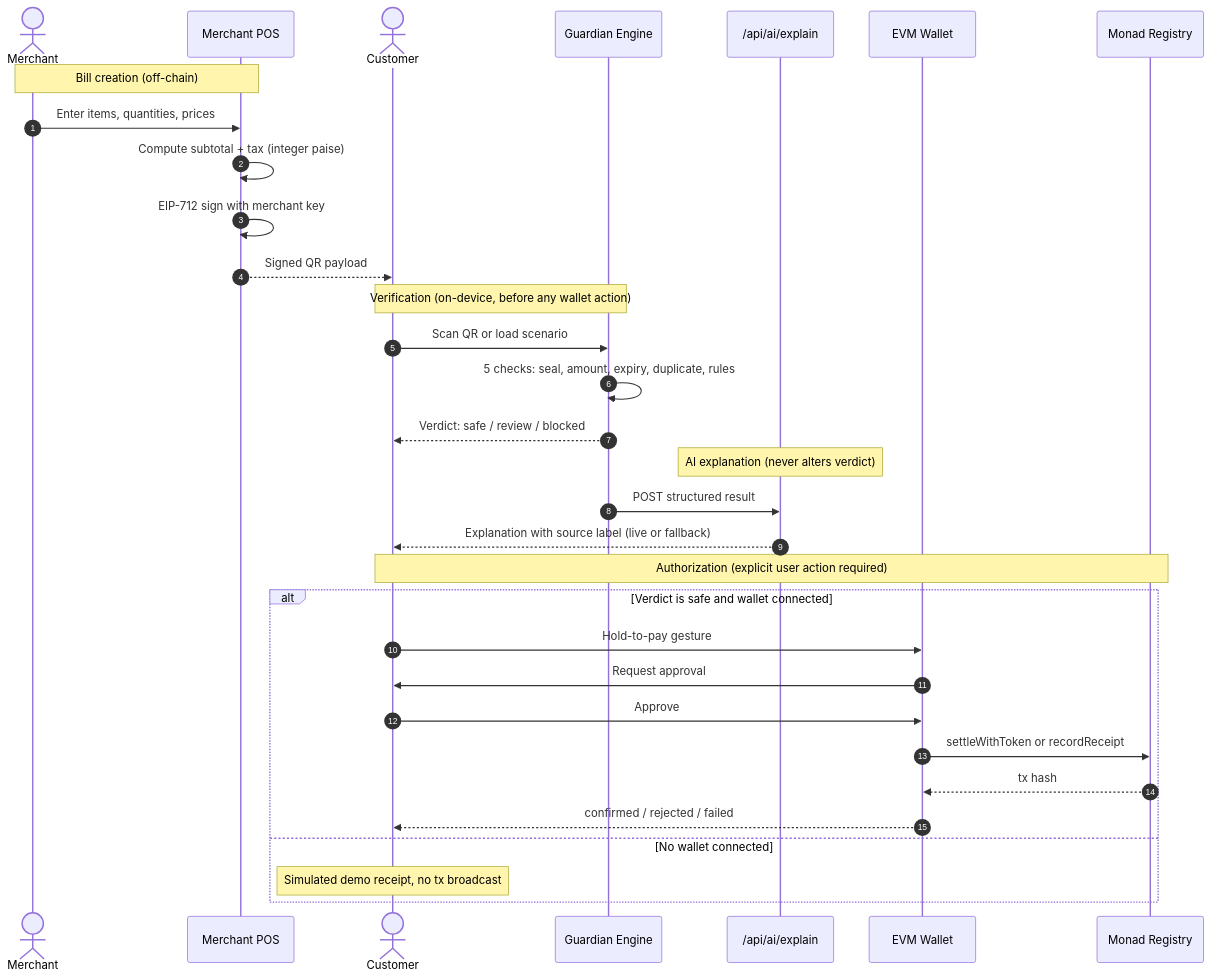
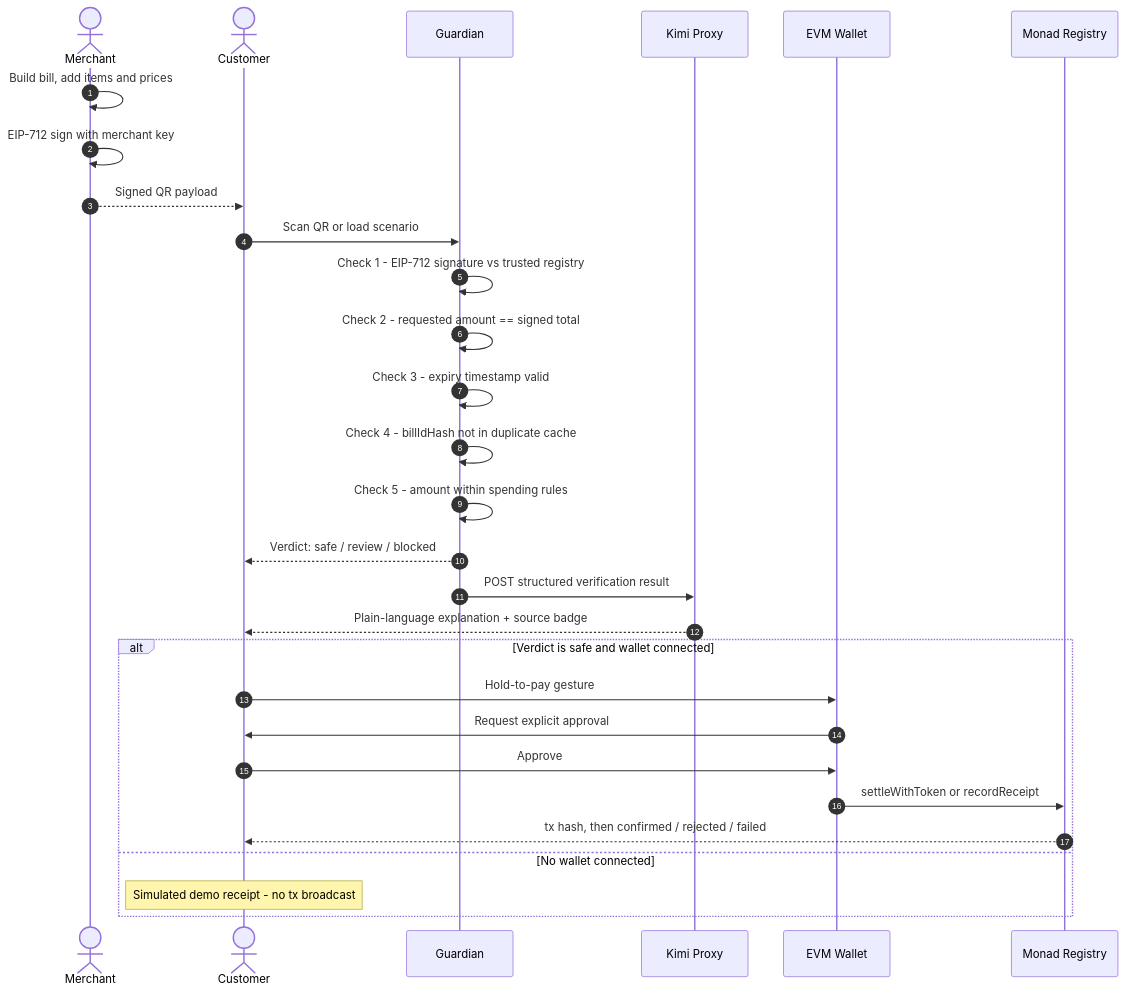
One commit to pallaviXD/monveil changed the second of 2 diagrams in README.md. Above: the diagram before and after it, drawn with Mermaid. The commit also changed other lines of this file, not shown here.

Commit message:
docs: fix README diagrams for GitHub Mermaid compatibility

````diff
--- a/README.md
+++ b/README.md
@@ -159,38 +102,35 @@
 ```mermaid
 sequenceDiagram
-  autonumber
-  actor Merchant
-  participant POS as Merchant POS
-  actor Customer
-  participant Guardian as Guardian Engine
-  participant KimiProxy as /api/ai/explain
-  participant Wallet as EVM Wallet
-  participant Registry as Monad Registry
+    autonumber
+    actor M as Merchant
+    actor C as Customer
+    participant G as Guardian
+    participant AI as Kimi Proxy
+    participant W as EVM Wallet
+    participant R as Monad Registry
 
-  Note over Merchant,POS: Bill creation (off-chain)
-  Merchant->>POS: Enter items, quantities, prices
-  POS->>POS: Compute subtotal + tax (integer paise)
-  POS->>POS: EIP-712 sign with merchant key
-  POS-->>Customer: Signed QR payload
+    M->>M: Build bill, add items and prices
+    M->>M: EIP-712 sign with merchant key
+    M-->>C: Signed QR payload
 
-  Note over Customer,Guardian: Verification (on-device, before any wallet action)
-  Customer->>Guardian: Scan QR or load scenario
-  Guardian->>Guardian: 5 checks: seal, amount, expiry, duplicate, rules
-  Guardian-->>Customer: Verdict: safe / review / blocked
+    C->>G: Scan QR or load scenario
+    G->>G: Check 1 - EIP-712 signature vs trusted registry
+    G->>G: Check 2 - requested amount == signed total
+    G->>G: Check 3 - expiry timestamp valid
+    G->>G: Check 4 - billIdHash not in duplicate cache
+    G->>G: Check 5 - amount within spending rules
+    G-->>C: Verdict: safe / review / blocked
 
-  Note over KimiProxy: AI explanation (never alters verdict)
-  Guardian->>KimiProxy: POST structured result
-  KimiProxy-->>Customer: Explanation with source label (live or fallback)
+    G->>AI: POST structured verification result
+    AI-->>C: Plain-language explanation + source badge
 
-  Note over Customer,Registry: Authorization (explicit user action required)
-  alt Verdict is safe and wallet connected
-    Customer->>Wallet: Hold-to-pay gesture
-    Wallet->>Customer: Request approval
-    Customer->>Wallet: Approve
-    Wallet->>Registry: settleWithToken or recordReceipt
-    Registry-->>Wallet: tx hash
-    Wallet-->>Customer: confirmed / rejected / failed
-  else No wallet connected
-    Note over Customer: Simulated demo receipt, no tx broadcast
-  end
+    alt Verdict is safe and wallet connected
+        C->>W: Hold-to-pay gesture
+        W->>C: Request explicit approval
+        C->>W: Approve
+        W->>R: settleWithToken or recordReceipt
+        R-->>C: tx hash, then confirmed / rejected / failed
+    else No wallet connected
+        Note over C: Simulated demo receipt - no tx broadcast
+    end
 ```
````
